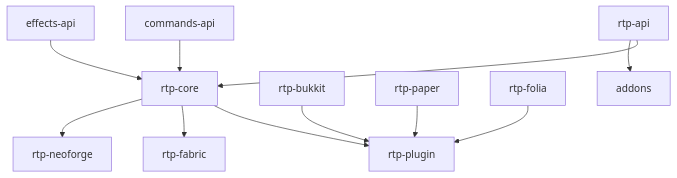
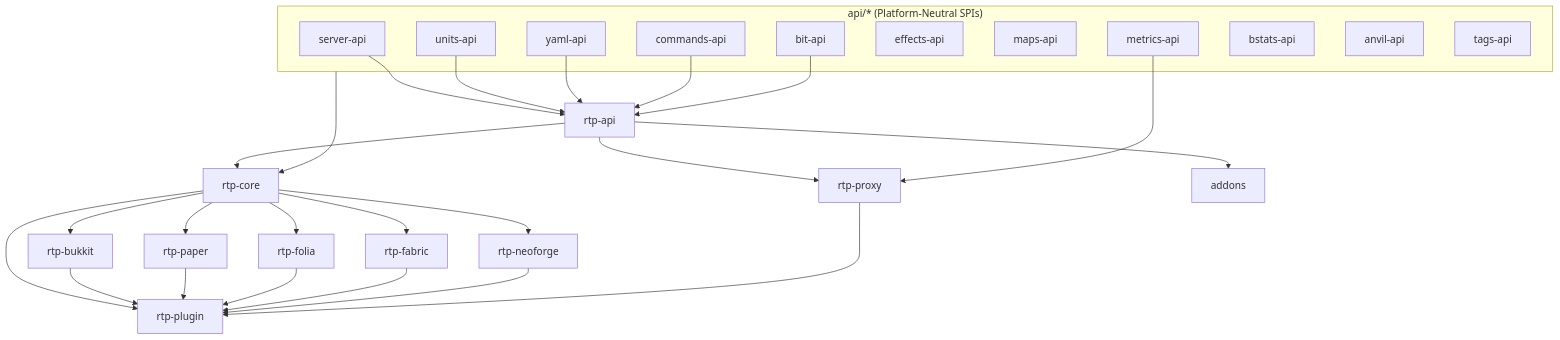
One commit to DailyStruggle/RTP changed the diagram in docs/dev/ARCHITECTURE.md. Above: the diagram before and after it, drawn with Mermaid. The commit also changed other lines of this file and 24 other files, not shown here.

````diff
--- a/docs/dev/ARCHITECTURE.md
+++ b/docs/dev/ARCHITECTURE.md
@@ -40,13 +56,43 @@
 ```mermaid
 graph TD
+    subgraph SPI ["api/* (Platform-Neutral SPIs)"]
+        server-api
+        units-api
+        yaml-api
+        commands-api
+        bit-api
+        effects-api
+        maps-api
+        metrics-api
+        bstats-api
+        anvil-api
+        tags-api
+    end
+
+    server-api --> rtp-api
+    units-api --> rtp-api
+    yaml-api --> rtp-api
+    commands-api --> rtp-api
+    bit-api --> rtp-api
+
     rtp-api --> rtp-core
-    commands-api --> rtp-core
-    effects-api --> rtp-core
+    SPI --> rtp-core
+
+    rtp-core --> rtp-bukkit
+    rtp-core --> rtp-paper
+    rtp-core --> rtp-folia
+    rtp-core --> rtp-fabric
+    rtp-core --> rtp-neoforge
+    rtp-api --> rtp-proxy
+    metrics-api --> rtp-proxy
+
     rtp-core --> rtp-plugin
     rtp-bukkit --> rtp-plugin
     rtp-paper --> rtp-plugin
     rtp-folia --> rtp-plugin
-    rtp-core --> rtp-fabric
-    rtp-core --> rtp-neoforge
+    rtp-fabric --> rtp-plugin
+    rtp-neoforge --> rtp-plugin
+    rtp-proxy --> rtp-plugin
+
     rtp-api --> addons
 ```
````
